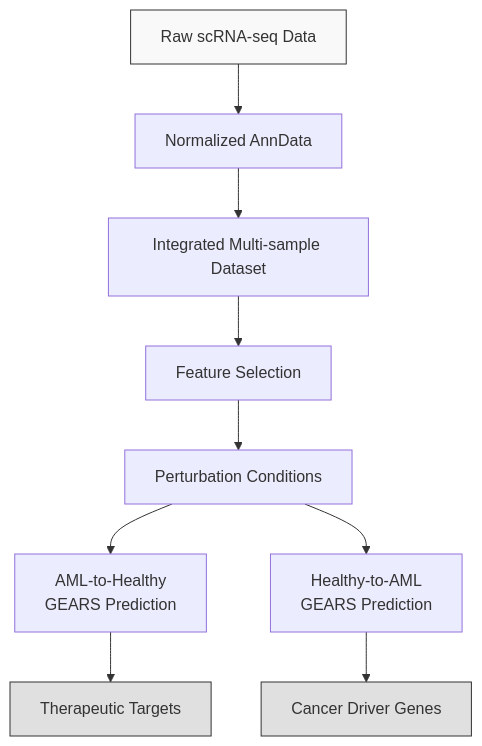
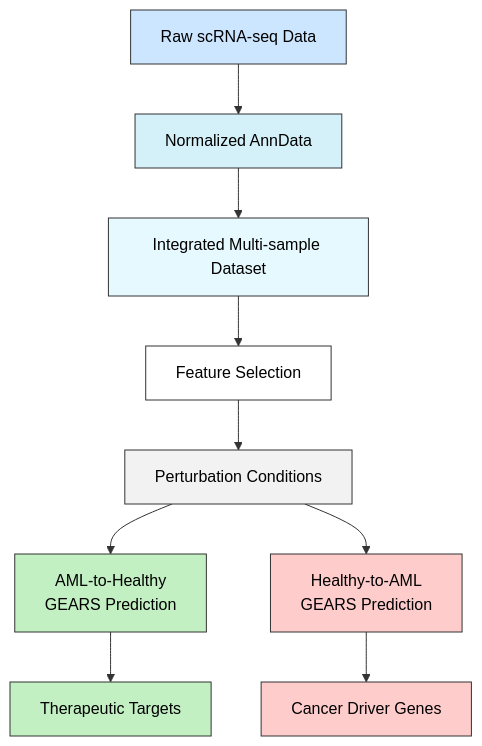
One commit to ejmockler/ML-AML changed the third of 3 diagrams in README.md. Above: the diagram before and after it, drawn with Mermaid. The commit also changed other lines of this file, not shown here.

Commit message:
fix README diagram colors & newlines

````diff
--- a/README.md
+++ b/README.md
@@ -175,15 +175,21 @@
 ```mermaid
 flowchart TD
-    A[Raw scRNA-seq Data] --> B[Normalized AnnData]
-    B --> C[Integrated Multi-sample Dataset]
-    C --> D[Feature Selection]
-    D --> E[Perturbation Conditions]
-    E --> F1[AML-to-Healthy\nGEARS Prediction]
-    E --> F2[Healthy-to-AML\nGEARS Prediction]
-    F1 --> G1[Therapeutic Targets]
-    F2 --> G2[Cancer Driver Genes]
+    A["Raw scRNA-seq Data"] --> B["Normalized AnnData"]
+    B --> C["Integrated Multi-sample Dataset"]
+    C --> D["Feature Selection"]
+    D --> E["Perturbation Conditions"]
+    E --> F1["AML-to-Healthy<br/>GEARS Prediction"]
+    E --> F2["Healthy-to-AML<br/>GEARS Prediction"]
+    F1 --> G1["Therapeutic Targets"]
+    F2 --> G2["Cancer Driver Genes"]
     
-    style A fill:#f9f9f9,stroke:#333,stroke-width:1px
-    style G1 fill:#e0e0e0,stroke:#333,stroke-width:1px
-    style G2 fill:#e0e0e0,stroke:#333,stroke-width:1px
+    style A fill:#cce6ff,stroke:#333,stroke-width:1px,color:#000
+    style B fill:#d4f1f9,stroke:#333,stroke-width:1px,color:#000
+    style C fill:#e6f9ff,stroke:#333,stroke-width:1px,color:#000
+    style D fill:#ffffff,stroke:#333,stroke-width:1px,color:#000
+    style E fill:#f2f2f2,stroke:#333,stroke-width:1px,color:#000
+    style F1 fill:#c2f0c2,stroke:#333,stroke-width:1px,color:#000
+    style F2 fill:#ffcccc,stroke:#333,stroke-width:1px,color:#000
+    style G1 fill:#c2f0c2,stroke:#333,stroke-width:1px,color:#000
+    style G2 fill:#ffcccc,stroke:#333,stroke-width:1px,color:#000
 ```
````
